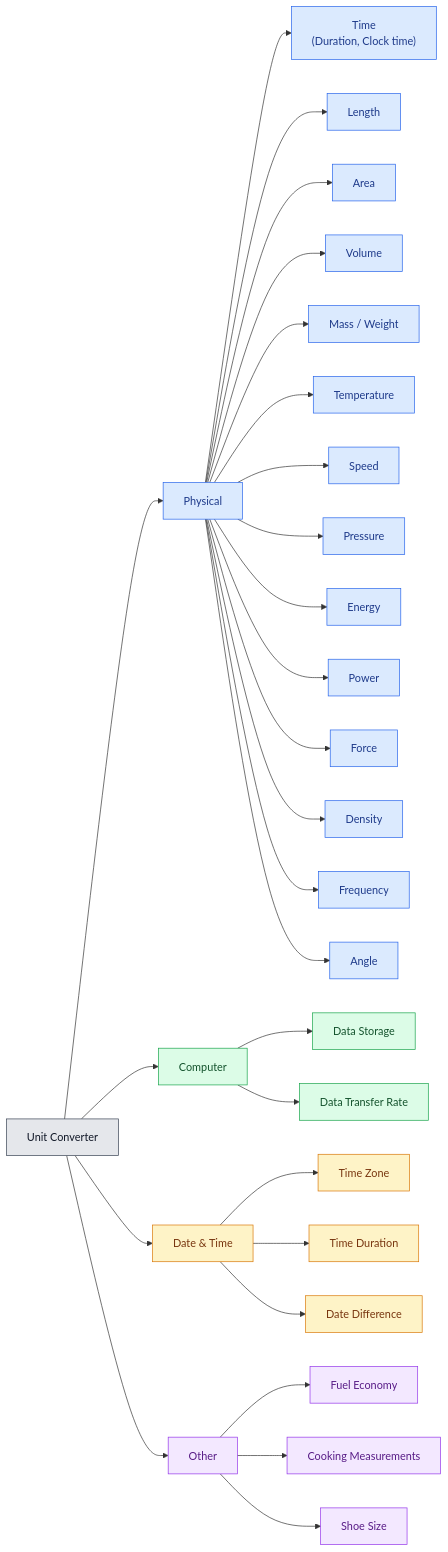
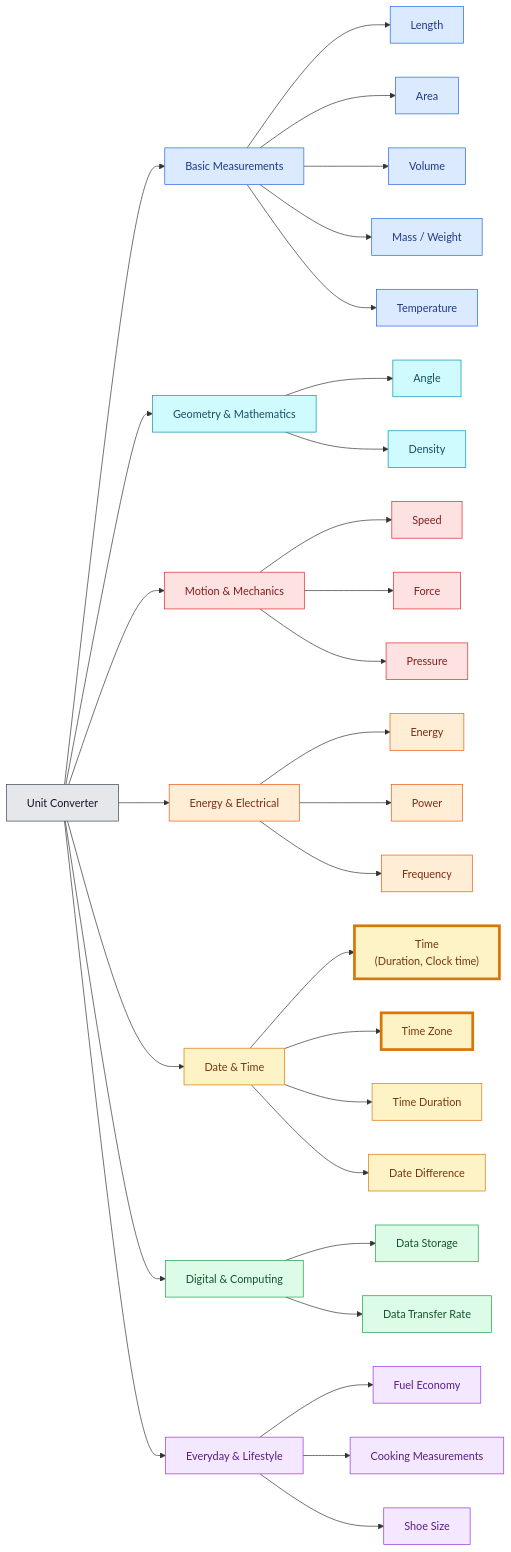
Before and after one commit to Aniruddha-25/unit-convertor: the diagram in README.md, drawn with Mermaid. The commit also changed other lines of this file, not shown here.

Commit message:
Reorganize converter categories in README
Update the converter diagram with clearer category groupings and highlight available converters. Streamline setup instructions and remove the contributing and license sections.

````diff
--- a/README.md
+++ b/README.md
@@ -11,47 +10,61 @@
 ```mermaid
 flowchart LR
     A["Unit Converter"]
 
-    A --> B["Physical"]
-    A --> C["Computer"]
-    A --> D["Date & Time"]
-    A --> E["Other"]
+    A --> B["Basic Measurements"]
+    A --> C["Geometry & Mathematics"]
+    A --> D["Motion & Mechanics"]
+    A --> E["Energy & Electrical"]
+    A --> F["Date & Time"]
+    A --> G["Digital & Computing"]
+    A --> H["Everyday & Lifestyle"]
 
-    B --> B1["Time<br/>(Duration, Clock time)"]
-    B --> B2["Length"]
-    B --> B3["Area"]
-    B --> B4["Volume"]
-    B --> B5["Mass / Weight"]
-    B --> B6["Temperature"]
-    B --> B7["Speed"]
-    B --> B8["Pressure"]
-    B --> B9["Energy"]
-    B --> B10["Power"]
-    B --> B11["Force"]
-    B --> B12["Density"]
-    B --> B13["Frequency"]
-    B --> B14["Angle"]
+    B --> B1["Length"]
+    B --> B2["Area"]
+    B --> B3["Volume"]
+    B --> B4["Mass / Weight"]
+    B --> B5["Temperature"]
 
-    C --> C1["Data Storage"]
-    C --> C2["Data Transfer Rate"]
+    C --> C1["Angle"]
+    C --> C2["Density"]
 
-    D --> D1["Time Zone"]
-    D --> D2["Time Duration"]
-    D --> D3["Date Difference"]
+    D --> D1["Speed"]
+    D --> D2["Force"]
+    D --> D3["Pressure"]
 
-    E --> E1["Fuel Economy"]
-    E --> E2["Cooking Measurements"]
-    E --> E3["Shoe Size"]
+    E --> E1["Energy"]
+    E --> E2["Power"]
+    E --> E3["Frequency"]
+
+    F --> F1["Time<br/>(Duration, Clock time)"]
+    F --> F2["Time Zone"]
+    F --> F3["Time Duration"]
+    F --> F4["Date Difference"]
+
+    G --> G1["Data Storage"]
+    G --> G2["Data Transfer Rate"]
+
+    H --> H1["Fuel Economy"]
+    H --> H2["Cooking Measurements"]
+    H --> H3["Shoe Size"]
 
     classDef root fill:#e5e7eb,stroke:#374151,color:#111827
-    classDef physical fill:#dbeafe,stroke:#2563eb,color:#1e3a8a
-    classDef computer fill:#dcfce7,stroke:#16a34a,color:#14532d
+    classDef basic fill:#dbeafe,stroke:#2563eb,color:#1e3a8a
+    classDef geometry fill:#cffafe,stroke:#0891b2,color:#164e63
+    classDef motion fill:#fee2e2,stroke:#dc2626,color:#7f1d1d
+    classDef energy fill:#ffedd5,stroke:#ea580c,color:#7c2d12
     classDef datetime fill:#fef3c7,stroke:#d97706,color:#78350f
-    classDef other fill:#f3e8ff,stroke:#9333ea,color:#581c87
+    classDef digital fill:#dcfce7,stroke:#16a34a,color:#14532d
+    classDef lifestyle fill:#f3e8ff,stroke:#9333ea,color:#581c87
+    classDef available stroke-width:4px
 
     class A root
-    class B,B1,B2,B3,B4,B5,B6,B7,B8,B9,B10,B11,B12,B13,B14 physical
-    class C,C1,C2 computer
-    class D,D1,D2,D3 datetime
-    class E,E1,E2,E3 other
+    class B,B1,B2,B3,B4,B5 basic
+    class C,C1,C2 geometry
+    class D,D1,D2,D3 motion
+    class E,E1,E2,E3 energy
+    class F,F1,F2,F3,F4 datetime
+    class G,G1,G2 digital
+    class H,H1,H2,H3 lifestyle
+    class F1,F2 available
 ```
````
